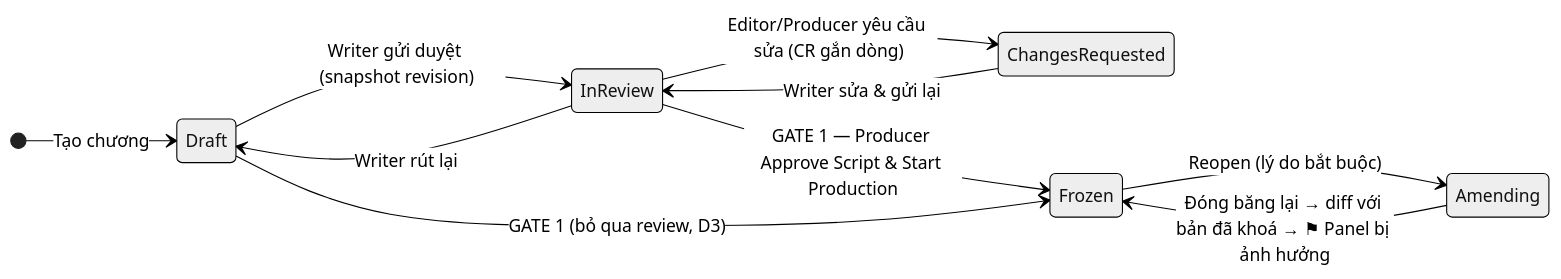
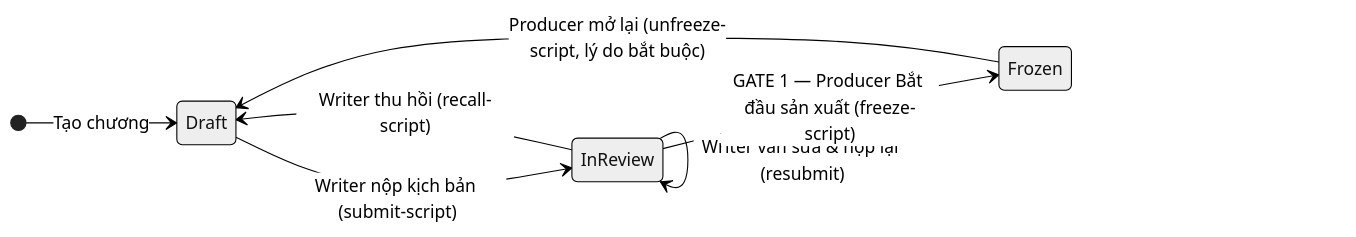
Before and after one commit to tkiennt/panelforge-hubs: the diagram in docs/note/plans/01_SCRIPT_PLAN.md, drawn with Mermaid (neutral theme). The commit also changed other lines of this file and 1 other file, not shown here.

Commit message:
docs(notes): update gate 1 decision d3 and script state diagram

````diff
--- a/docs/note/plans/01_SCRIPT_PLAN.md
+++ b/docs/note/plans/01_SCRIPT_PLAN.md
@@ -42,13 +42,10 @@
 ```mermaid
 stateDiagram-v2
     direction LR
     [*] --> Draft: Tạo chương
-    Draft --> InReview: Writer gửi duyệt (snapshot revision)
-    InReview --> Draft: Writer rút lại
-    InReview --> ChangesRequested: Editor/Producer yêu cầu sửa (CR gắn dòng)
-    ChangesRequested --> InReview: Writer sửa & gửi lại
-    InReview --> Frozen: GATE 1 — Producer Approve Script & Start Production
-    Draft --> Frozen: GATE 1 (bỏ qua review, D3)
-    Frozen --> Amending: Reopen (lý do bắt buộc)
-    Amending --> Frozen: Đóng băng lại → diff với bản đã khoá → ⚑ Panel bị ảnh hưởng
+    Draft --> InReview: Writer nộp kịch bản (submit-script)
+    InReview --> Draft: Writer thu hồi (recall-script)
+    InReview --> InReview: Writer vẫn sửa & nộp lại (resubmit)
+    InReview --> Frozen: GATE 1 — Producer Bắt đầu sản xuất (freeze-script)
+    Frozen --> Draft: Producer mở lại (unfreeze-script, lý do bắt buộc)
 ```
````
